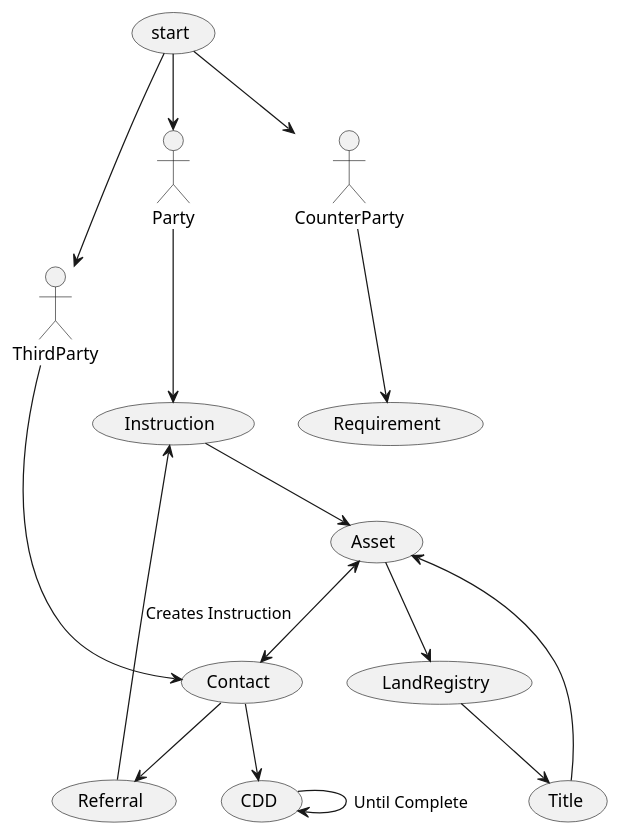
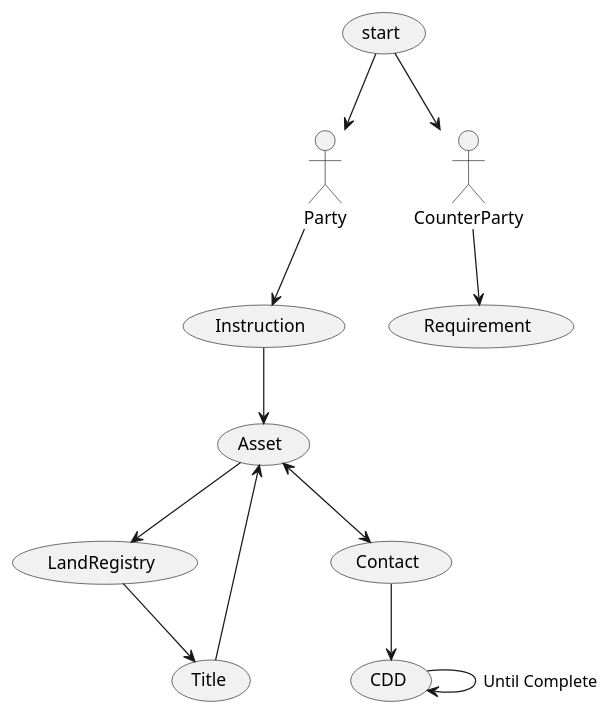
One commit to Kf-GaryNewport/Kf-GaryNewport.github.io changed the diagram in assets/CDD/Cdd-TBS.puml. Above: the diagram before and after it, drawn with PlantUML. The commit also changed 5 other files, not shown here.

```diff
--- a/assets/CDD/Cdd-TBS.puml
+++ b/assets/CDD/Cdd-TBS.puml
@@ -1,24 +1,24 @@
 @startuml Cdd Tbs
 
 (start) --> Party
-(start) --> ThirdParty
+'(start) --> ThirdParty
 (start) --> CounterParty
 
 Party --> (Instruction)
-ThirdParty --> (Contact)
-(Contact) --> (Referral)
+'ThirdParty --> (Contact)
+'(Contact) --> (Referral)
 CounterParty --> (Requirement)
 
-(Referral) --> (Instruction) : Creates Instruction
+'(Referral) --> (Instruction) : Creates Instruction
 
 (Instruction) --> (Asset)
 (Asset) --> (LandRegistry) 
 (LandRegistry)  --> (Title)
 (Title) --> (Asset)
 (Asset) <--> (Contact)
 (Contact) --> (CDD)
 (CDD) --> (CDD) : Until Complete
 
 
 
 @enduml
```
